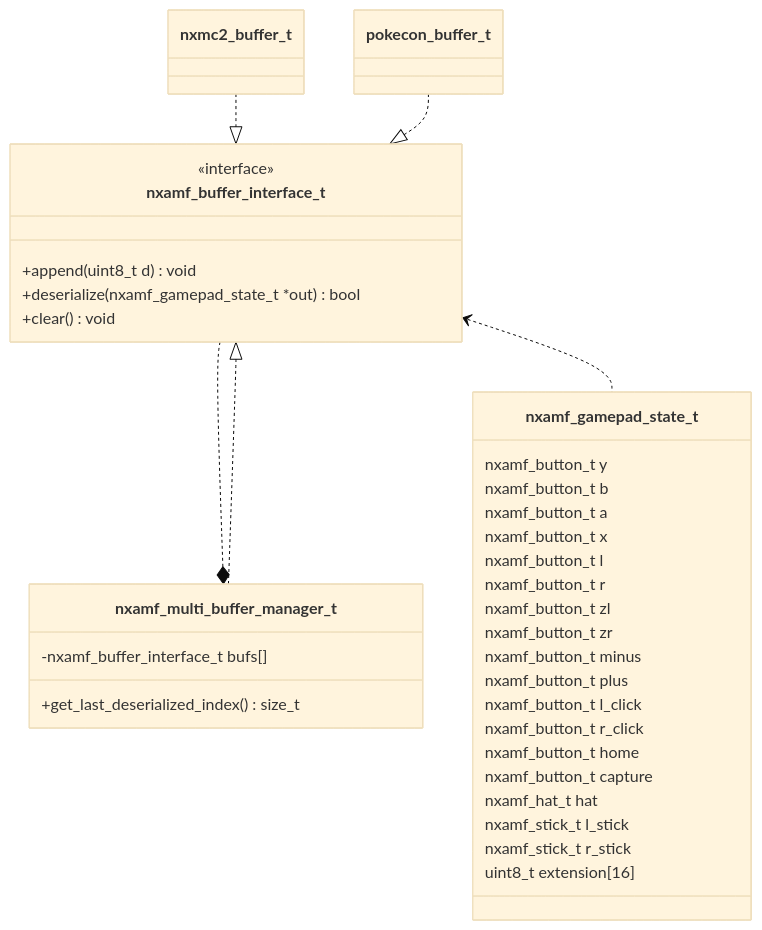
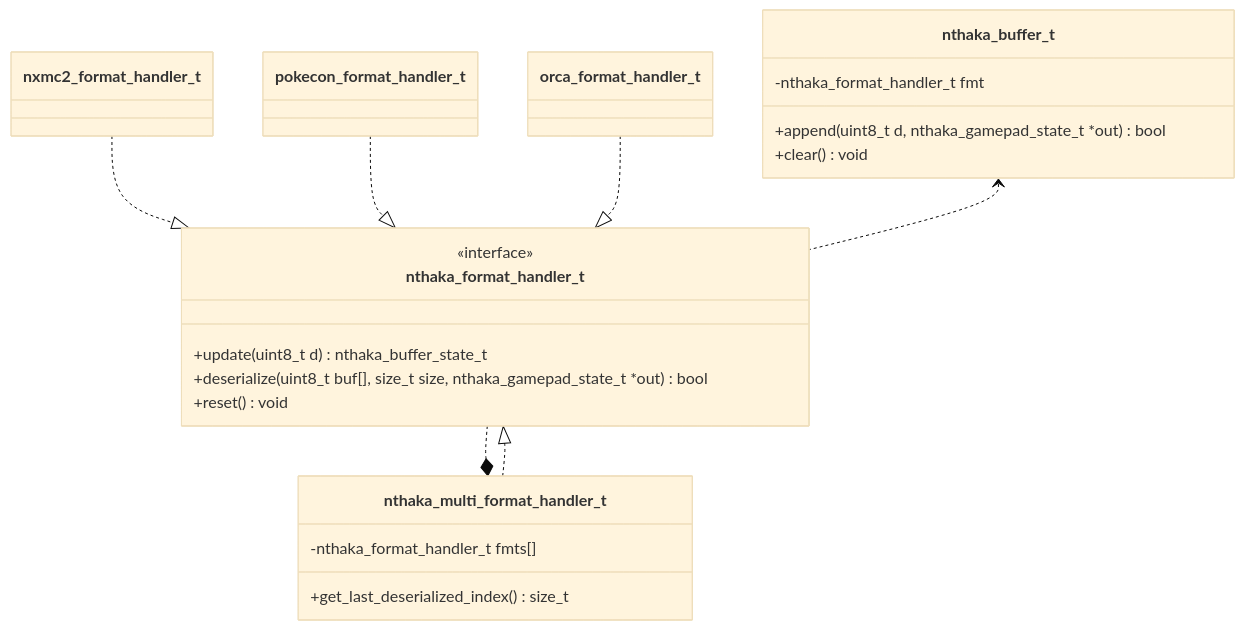
Before and after one commit to mizuyoukanao/nthaka-wiimote: the diagram in README.md, drawn with Mermaid (base theme). The commit also changed other lines of this file, not shown here.

````diff
--- a/README.md
+++ b/README.md
@@ -17,43 +17,31 @@
 ```mermaid
 classDiagram
-  class nxamf_buffer_interface_t
-  <<interface>> nxamf_buffer_interface_t
-  nxamf_buffer_interface_t : +append(uint8_t d) void
-  nxamf_buffer_interface_t : +deserialize(nxamf_gamepad_state_t *out) bool
-  nxamf_buffer_interface_t : +clear() void
+  class nthaka_format_handler_t
+  <<interface>> nthaka_format_handler_t
+  nthaka_format_handler_t : +update(uint8_t d) nthaka_buffer_state_t
+  nthaka_format_handler_t : +deserialize(uint8_t buf[], size_t size, nthaka_gamepad_state_t *out) bool
+  nthaka_format_handler_t : +reset() void
 
-  class nxmc2_buffer_t
-  nxmc2_buffer_t ..|> nxamf_buffer_interface_t
+  class nxmc2_format_handler_t
+  nxmc2_format_handler_t ..|> nthaka_format_handler_t
 
-  class pokecon_buffer_t
-  pokecon_buffer_t ..|> nxamf_buffer_interface_t
+  class pokecon_format_handler_t
+  pokecon_format_handler_t ..|> nthaka_format_handler_t
 
-  class nxamf_multi_buffer_manager_t
-  nxamf_multi_buffer_manager_t : -nxamf_buffer_interface_t bufs[]
-  nxamf_multi_buffer_manager_t : +get_last_deserialized_index() size_t
+  class orca_format_handler_t
+  orca_format_handler_t ..|> nthaka_format_handler_t
 
-  nxamf_multi_buffer_manager_t ..|> nxamf_buffer_interface_t
-  nxamf_buffer_interface_t ..* nxamf_multi_buffer_manager_t
+  class nthaka_multi_format_handler_t
+  nthaka_multi_format_handler_t ..|> nthaka_format_handler_t
+  nthaka_multi_format_handler_t : -nthaka_format_handler_t fmts[]
+  nthaka_multi_format_handler_t : +get_last_deserialized_index() size_t
 
-  class nxamf_gamepad_state_t
-  nxamf_gamepad_state_t : nxamf_button_t y
-  nxamf_gamepad_state_t : nxamf_button_t b
-  nxamf_gamepad_state_t : nxamf_button_t a
-  nxamf_gamepad_state_t : nxamf_button_t x
-  nxamf_gamepad_state_t : nxamf_button_t l
-  nxamf_gamepad_state_t : nxamf_button_t r
-  nxamf_gamepad_state_t : nxamf_button_t zl
-  nxamf_gamepad_state_t : nxamf_button_t zr
-  nxamf_gamepad_state_t : nxamf_button_t minus
-  nxamf_gamepad_state_t : nxamf_button_t plus
-  nxamf_gamepad_state_t : nxamf_button_t l_click
-  nxamf_gamepad_state_t : nxamf_button_t r_click
-  nxamf_gamepad_state_t : nxamf_button_t home
-  nxamf_gamepad_state_t : nxamf_button_t capture
-  nxamf_gamepad_state_t : nxamf_hat_t hat
-  nxamf_gamepad_state_t : nxamf_stick_t l_stick
-  nxamf_gamepad_state_t : nxamf_stick_t r_stick
-  nxamf_gamepad_state_t : uint8_t extension[16]
+  nthaka_format_handler_t ..* nthaka_multi_format_handler_t
+  
+  class nthaka_buffer_t
+  nthaka_buffer_t : -nthaka_format_handler_t fmt
+  nthaka_buffer_t : +append(uint8_t d, nthaka_gamepad_state_t *out) bool
+  nthaka_buffer_t : +clear() void
 
-  nxamf_buffer_interface_t <.. nxamf_gamepad_state_t
+  nthaka_buffer_t <.. nthaka_format_handler_t
 ```
````
